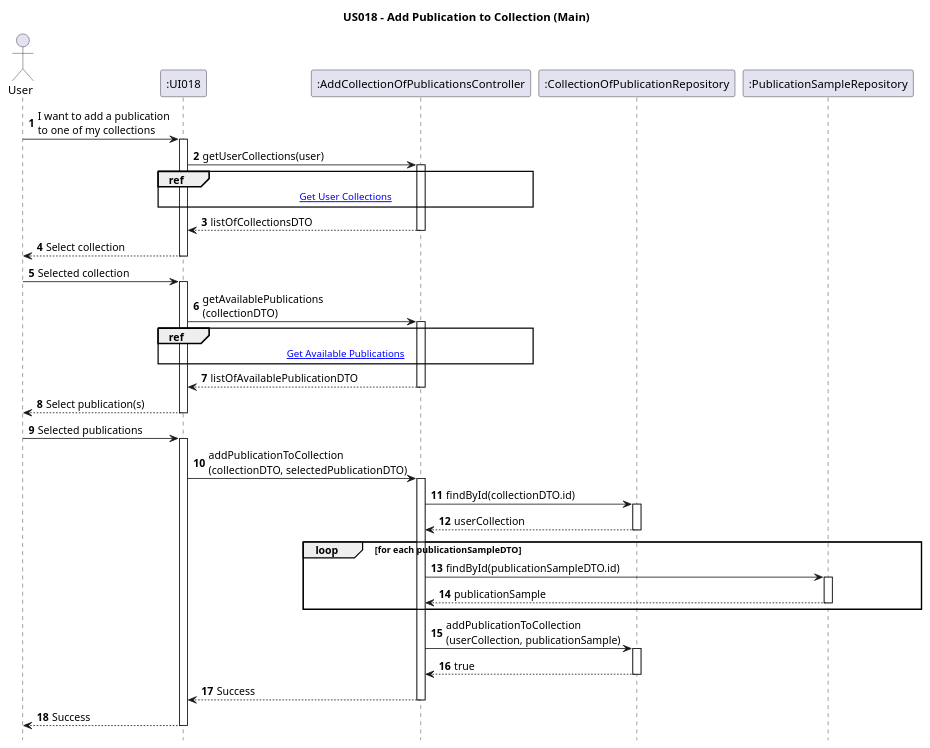
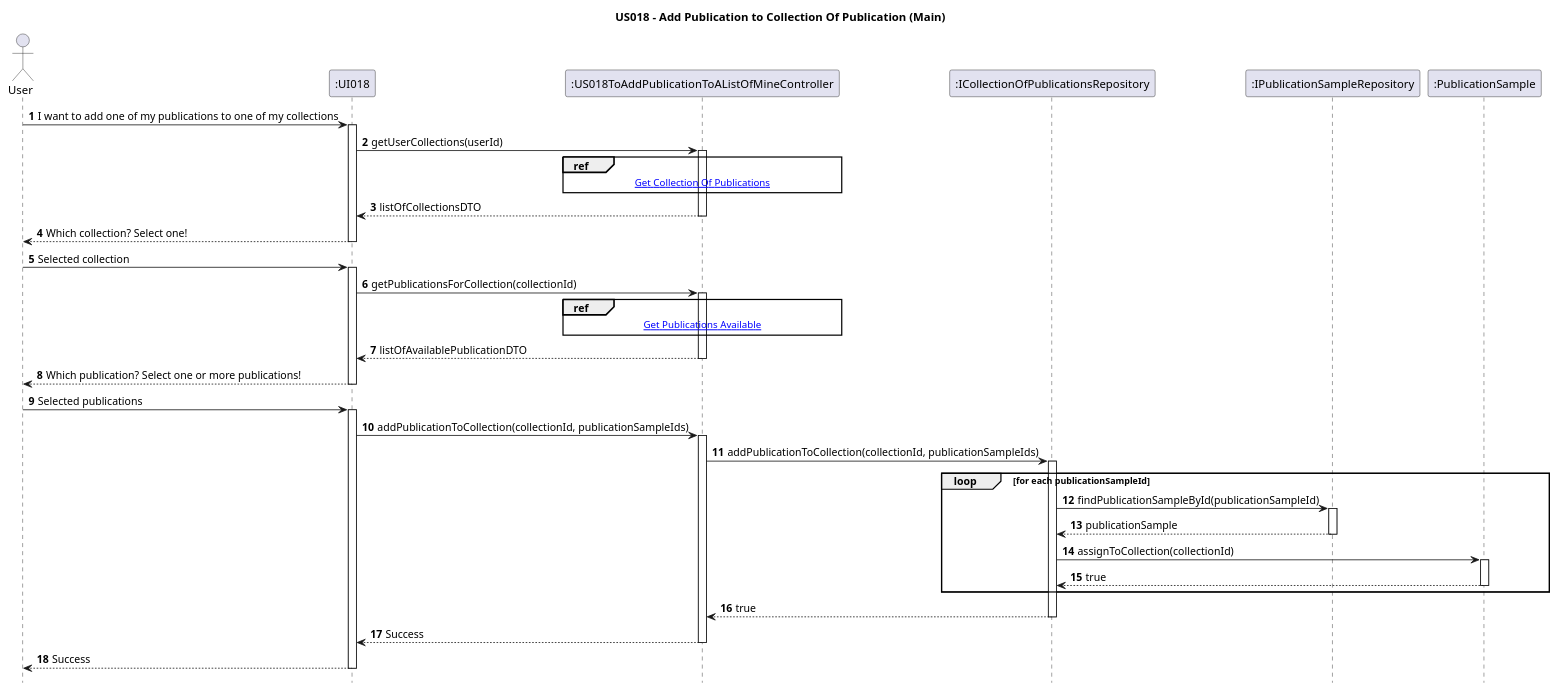
The diagram in Diagrams/SequenceDiagrams/N2/US018-to-add-a-publication-to-list/1.MainDiagram.puml (AndrePereiraGitH/SWitCH-Project-Team_A), drawn with PlantUML before and after one commit. The commit also changed 4 other files, not shown here.

Commit message:
refactor #615: update sequence and class diagrams according to DDD

```diff
--- a/Diagrams/SequenceDiagrams/N2/US018-to-add-a-publication-to-list/1.MainDiagram.puml
+++ b/Diagrams/SequenceDiagrams/N2/US018-to-add-a-publication-to-list/1.MainDiagram.puml
@@ -1,84 +1,92 @@
 @startuml
 
 hide footbox
 autonumber
-title US018 - Add Publication to Collection (Main)
+title US018 - Add Publication to Collection Of Publication (Main)
 
 actor User
 participant ":UI018" as UI
-participant ":AddCollectionOfPublicationsController" as Controller
-participant ":CollectionOfPublicationRepository" as CollectionRepo
-participant ":PublicationSampleRepository" as PublicationSampleRepo
+participant ":US018ToAddPublicationToAListOfMineController" as Controller
+participant ":ICollectionOfPublicationsRepository" as CollectionRepo
+participant ":IPublicationSampleRepository" as PublicationSampleRepo
+participant ":PublicationSample" as PublicationSample
 
 ' --- Start ---
-User -> UI : I want to add a publication\nto one of my collections
+User -> UI : I want to add one of my publications to one of my collections
 activate UI
 
 ' =========================
-' Get User Collections
+' Get Collection Of Publications (reference)
 ' =========================
-UI -> Controller : getUserCollections(user)
+UI -> Controller : getUserCollections(userId)
 activate Controller
 
-ref over UI, Controller
-[[2.GetUserCollections.puml Get User Collections]]
+ref over Controller
+[[2.GetCollection.puml Get Collection Of Publications]]
 end ref
 
 Controller --> UI : listOfCollectionsDTO
 deactivate Controller
 
-UI --> User : Select collection
+UI --> User : Which collection? Select one!
 deactivate UI
 
 User -> UI : Selected collection
 activate UI
 
 ' =========================
-' Get Available Publications
+' Get Publications Available (reference)
 ' =========================
-UI -> Controller : getAvailablePublications\n(collectionDTO)
+UI -> Controller : getPublicationsForCollection(collectionId)
 activate Controller
 
-ref over UI, Controller
-[[3.GetAvailablePublications.puml Get Available Publications]]
+ref over Controller
+[[3.GetPublicationsAvailable.puml Get Publications Available]]
 end ref
 
 Controller --> UI : listOfAvailablePublicationDTO
 deactivate Controller
 
-UI --> User : Select publication(s)
+UI --> User : Which publication? Select one or more publications!
 deactivate UI
 
+' =========================
+' Add Publication To Collection
+' =========================
 User -> UI : Selected publications
 activate UI
 
-' =========================
-' Add Publication (FULL)
-' =========================
-UI -> Controller : addPublicationToCollection\n(collectionDTO, selectedPublicationDTO)
+UI -> Controller : addPublicationToCollection(collectionId, publicationSampleIds)
 activate Controller
 
-Controller -> CollectionRepo : findById(collectionDTO.id)
+' =====================================================
+' CALL REPOSITORY WITH IDS
+' =====================================================
+Controller -> CollectionRepo : addPublicationToCollection(collectionId, publicationSampleIds)
 activate CollectionRepo
-CollectionRepo --> Controller : userCollection
-deactivate CollectionRepo
 
-loop for each publicationSampleDTO
-    Controller -> PublicationSampleRepo : findById(publicationSampleDTO.id)
+' =====================================================
+' ASSIGN COLLECTION TO PUBLICATIONS
+' =====================================================
+loop for each publicationSampleId
+    CollectionRepo -> PublicationSampleRepo : findPublicationSampleById(publicationSampleId)
     activate PublicationSampleRepo
-    PublicationSampleRepo --> Controller : publicationSample
+    PublicationSampleRepo --> CollectionRepo : publicationSample
     deactivate PublicationSampleRepo
+
+    CollectionRepo -> PublicationSample : assignToCollection(collectionId)
+    activate PublicationSample
+    PublicationSample --> CollectionRepo : true
+    deactivate PublicationSample
 end
 
-Controller -> CollectionRepo : addPublicationToCollection\n(userCollection, publicationSample)
-activate CollectionRepo
 CollectionRepo --> Controller : true
 deactivate CollectionRepo
 
 Controller --> UI : Success
 deactivate Controller
 
 UI --> User : Success
 deactivate UI
 
 @enduml
```
